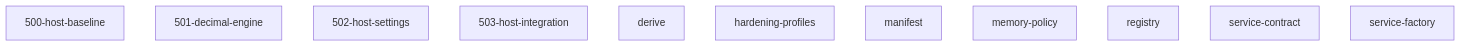
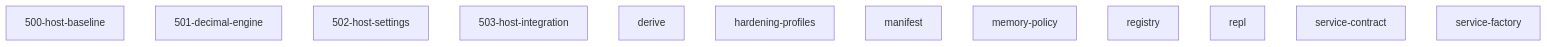
Before and after one commit to grapefruit89/mediNix-core: the diagram in 50-core/AGENTS.md, drawn with Mermaid. The commit also changed other lines of this file and 8 other files, not shown here.

````diff
--- a/50-core/AGENTS.md
+++ b/50-core/AGENTS.md
@@ -91,14 +93,15 @@
 ```mermaid
 graph TD
   500_host_baseline["500-host-baseline"]
   501_decimal_engine["501-decimal-engine"]
   502_host_settings["502-host-settings"]
   503_host_integration["503-host-integration"]
   derive["derive"]
   hardening_profiles["hardening-profiles"]
   manifest["manifest"]
   memory_policy["memory-policy"]
   registry["registry"]
+  repl["repl"]
   service_contract["service-contract"]
   service_factory["service-factory"]
 ```
````
